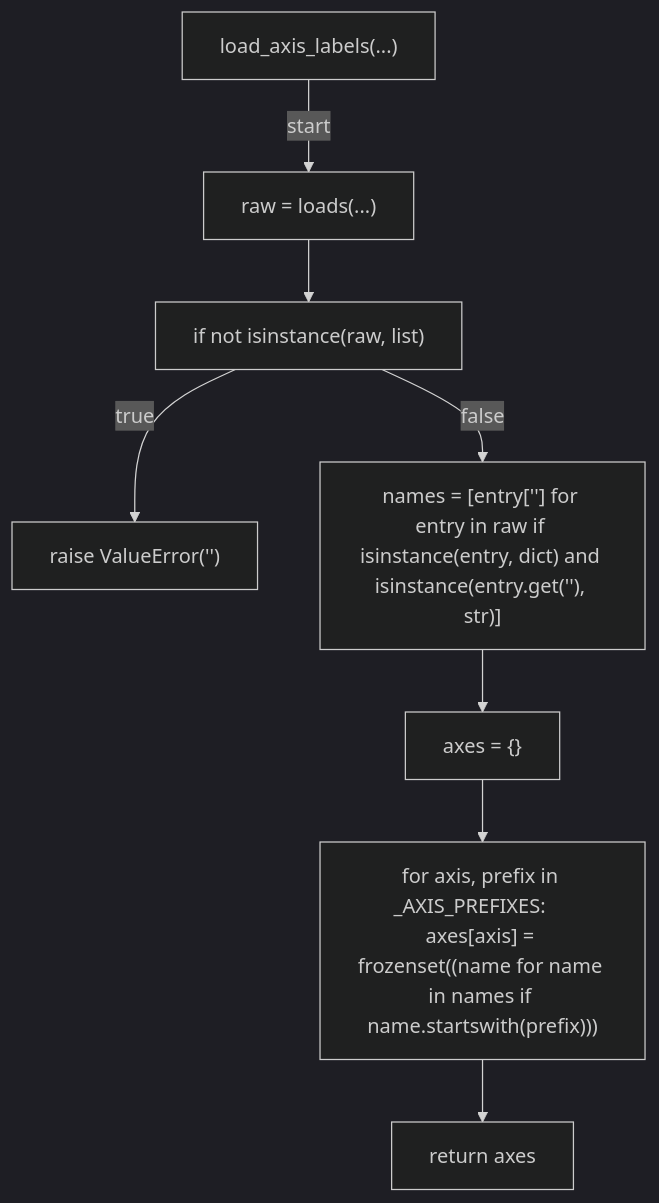
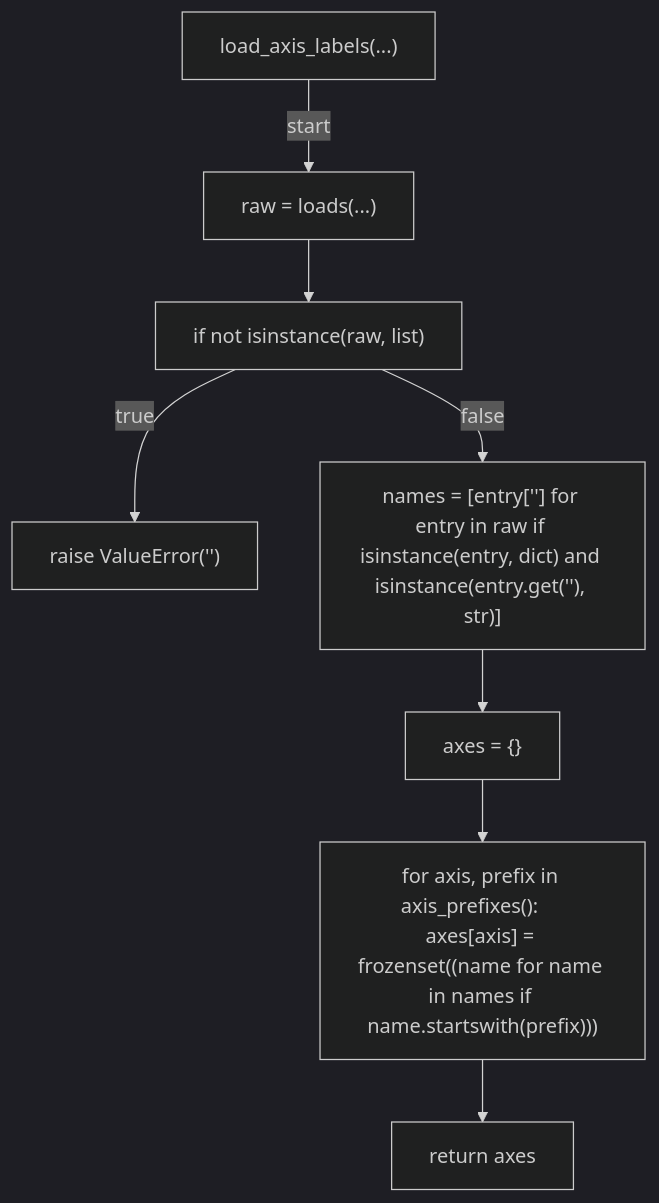
One commit to tvna/claude-md changed the second of 6 diagrams in docs/generated/scripts/ast/gate_issue_classification_labels.md. Above: the diagram before and after it, drawn with Mermaid (dark theme). The commit also changed other lines of this file and 3 other files, not shown here.

First line of the commit message:
docs(generated): regenerate decision tree and workflow diagrams

````diff
--- a/docs/generated/scripts/ast/gate_issue_classification_labels.md
+++ b/docs/generated/scripts/ast/gate_issue_classification_labels.md
@@ -7,18 +16,18 @@
 ```mermaid
 flowchart TD
     N001["load_axis_labels(...)"]
     N002["raw = loads(...)"]
     N003["if not isinstance(raw, list)"]
     N004["raise ValueError('<str>')"]
     N005["names = [entry['<str>'] for entry in raw if isinstance(entry, dict) and isinstance(entry.get('<str>'), str)]"]
     N006["axes = {}"]
-    N007["for axis, prefix in _AXIS_PREFIXES:     axes[axis] = frozenset((name for name in names if name.startswith(prefix)))"]
+    N007["for axis, prefix in axis_prefixes():     axes[axis] = frozenset((name for name in names if name.startswith(prefix)))"]
     N008["return axes"]
     N001 -->|"start"| N002
     N002 --> N003
     N003 -->|"true"| N004
     N003 -->|"false"| N005
     N005 --> N006
     N006 --> N007
     N007 --> N008
 ```
````
